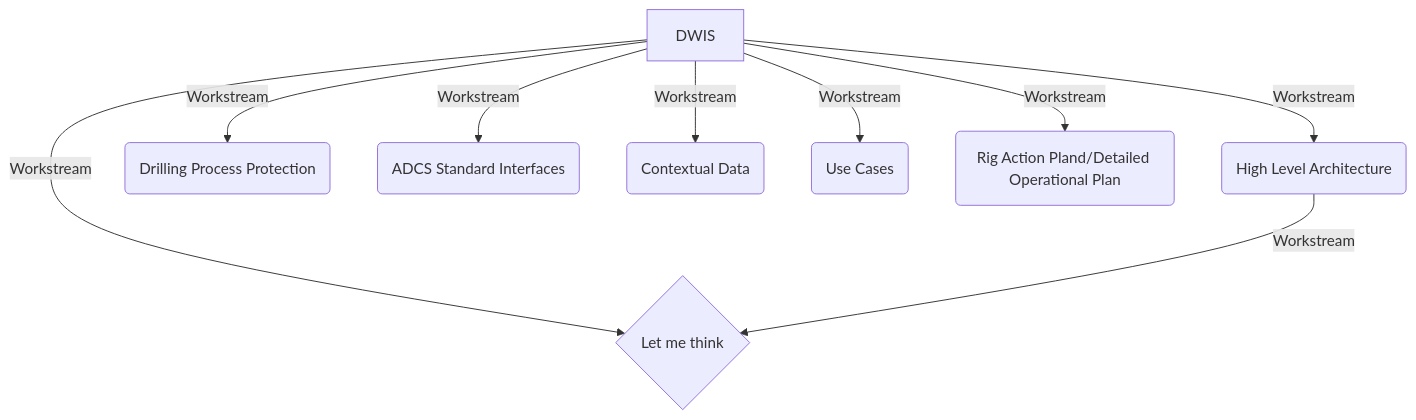
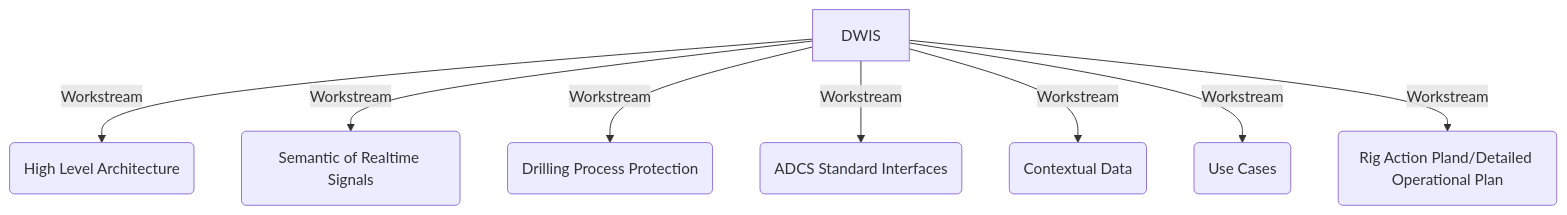
The diagram in profile/README.md (D-WIS/.github), drawn with Mermaid before and after one commit.

Commit message:
Remove workstream C reference from README
Removed a workstream reference from the README.

````diff
--- a/profile/README.md
+++ b/profile/README.md
@@ -7,11 +7,10 @@
 ```mermaid
 flowchart TD
     A[DWIS] -->|Workstream| B(High Level Architecture)
     A -->|Workstream| C(Semantic of Realtime Signals)
     A -->|Workstream| D(Drilling Process Protection)
     A -->|Workstream| E(ADCS Standard Interfaces)
     A -->|Workstream| F(Contextual Data)
     A -->|Workstream| G(Use Cases)
     A -->|Workstream| I(Rig Action Pland/Detailed Operational Plan)
-    B -->|Workstream| C{Let me think}
 ```
````
